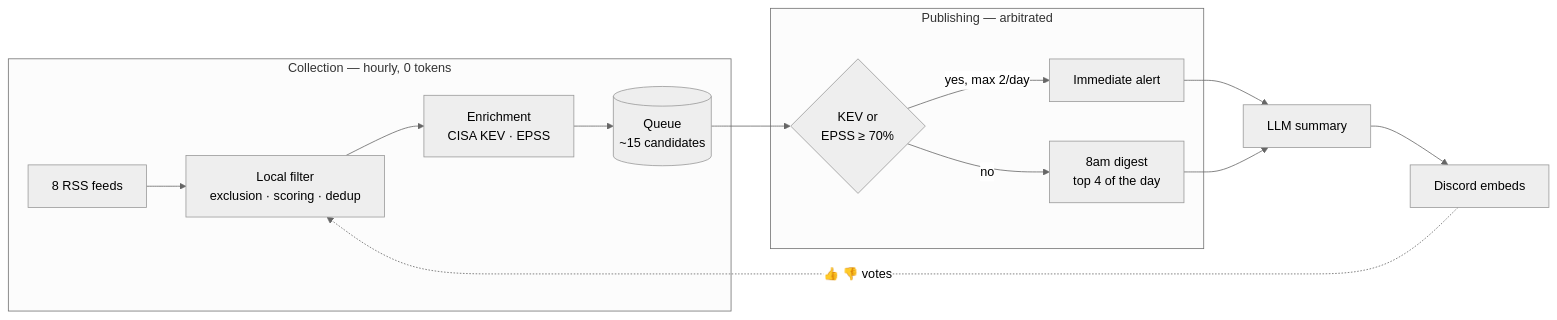
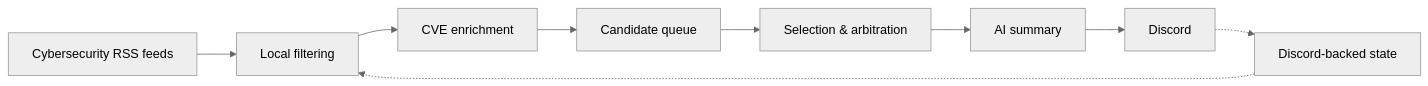
Before and after one commit to Gemukii/CyberWatch: the first of 4 diagrams in README.md, drawn with Mermaid (neutral theme). The commit also changed other lines of this file and 1 other file, not shown here.

````diff
--- a/README.md
+++ b/README.md
@@ -15,19 +29,20 @@
 ```mermaid
 flowchart LR
-    subgraph collection["Collection — hourly, 0 tokens"]
-        RSS[8 RSS feeds] --> F[Local filter<br/>exclusion · scoring · dedup]
-        F --> E[Enrichment<br/>CISA KEV · EPSS]
-        E --> Q[(Queue<br/>~15 candidates)]
-    end
+    RSS[Cybersecurity RSS feeds]
+    FILTER[Local filtering]
+    ENRICH[CVE enrichment]
+    QUEUE[Candidate queue]
+    SELECT[Selection & arbitration]
+    LLM[AI summary]
+    DISCORD[Discord]
 
-    subgraph publishing["Publishing — arbitrated"]
-        Q --> U{KEV or<br/>EPSS ≥ 70%}
-        U -->|yes, max 2/day| ALERT[Immediate alert]
-        U -->|no| D[8am digest<br/>top 4 of the day]
-    end
+    RSS --> FILTER
+    FILTER --> ENRICH
+    ENRICH --> QUEUE
+    QUEUE --> SELECT
+    SELECT --> LLM
+    LLM --> DISCORD
 
-    ALERT --> LLM[LLM summary]
-    D --> LLM
-    LLM --> DIS[Discord embeds]
-    DIS -.->|👍 👎 votes| F
+    DISCORD -.-> STATE[Discord-backed state]
+    STATE -.-> FILTER
 ```
````
